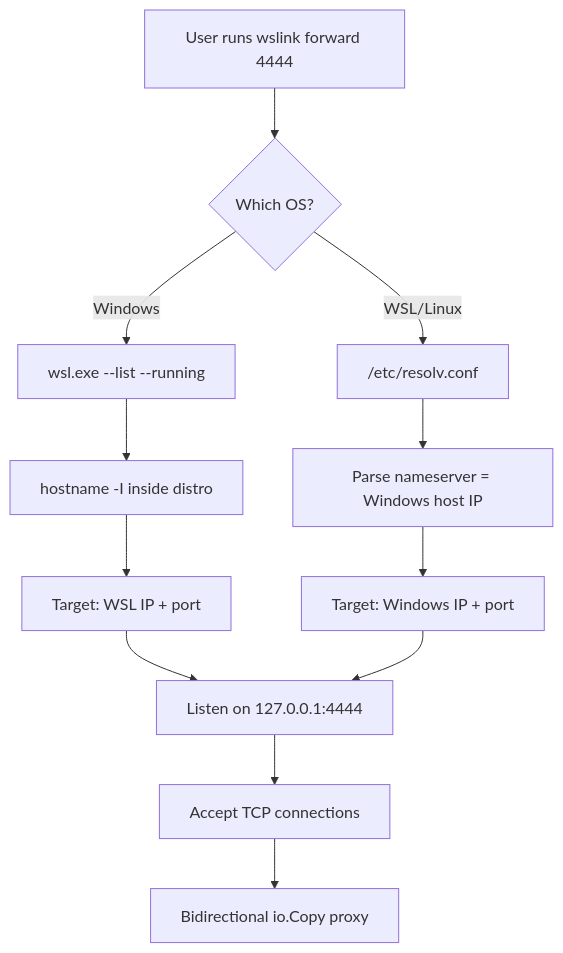
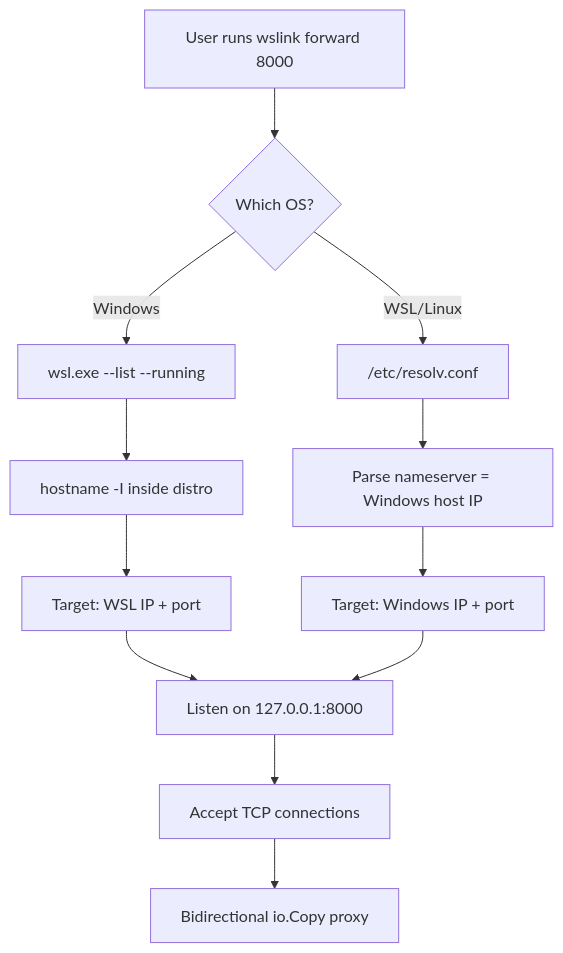
Before and after one commit to memlinkdotdev/wslink: the diagram in README.md, drawn with Mermaid. The commit also changed other lines of this file and 3 other files, not shown here.

````diff
--- a/README.md
+++ b/README.md
@@ -13,14 +13,14 @@
 ```mermaid
 flowchart TD
-    A[User runs wslink forward 4444] --> B{Which OS?}
+    A[User runs wslink forward 8000] --> B{Which OS?}
     B -->|Windows| C[wsl.exe --list --running]
     C --> D[hostname -I inside distro]
     D --> E[Target: WSL IP + port]
     B -->|WSL/Linux| F["/etc/resolv.conf"]
     F --> G[Parse nameserver = Windows host IP]
     G --> H[Target: Windows IP + port]
-    E --> I[Listen on 127.0.0.1:4444]
+    E --> I[Listen on 127.0.0.1:8000]
     H --> I
     I --> J[Accept TCP connections]
     J --> K[Bidirectional io.Copy proxy]
 ```
````
